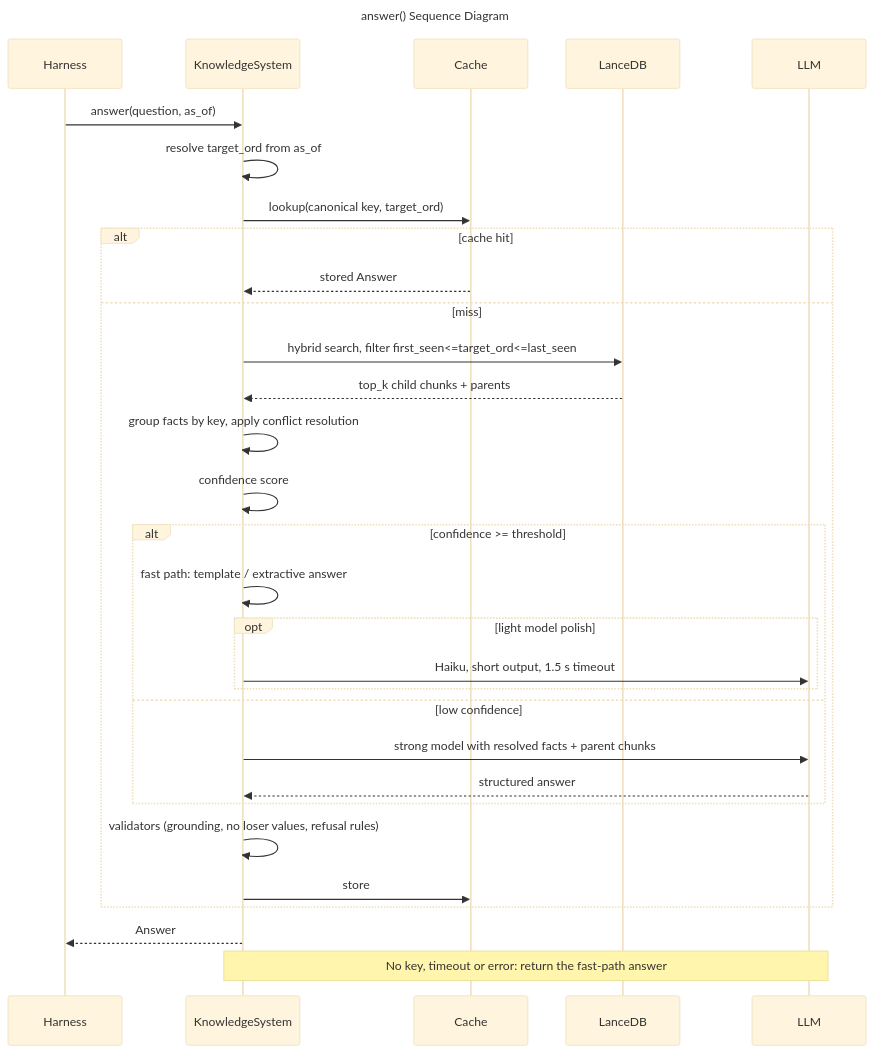
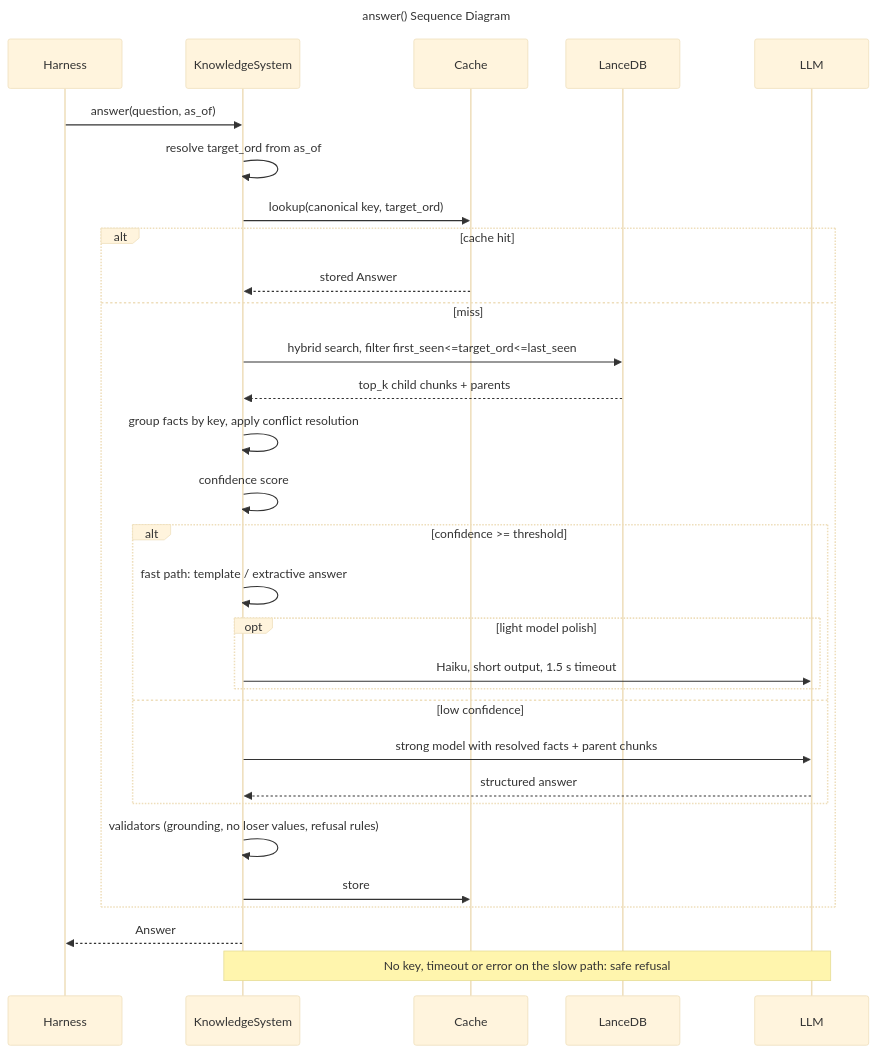
The third of 3 diagrams in DESIGN.md (abster/KnowledgeSystem), drawn with Mermaid (base theme) before and after one commit. The commit also changed other lines of this file and 17 other files, not shown here.

````diff
--- a/DESIGN.md
+++ b/DESIGN.md
@@ -379,36 +379,36 @@
 ```mermaid
 ---
 title: answer() Sequence Diagram
 ---
 sequenceDiagram
     participant H as Harness
     participant S as KnowledgeSystem
     participant C as Cache
     participant DB as LanceDB
     participant L as LLM
 
     H->>S: answer(question, as_of)
     S->>S: resolve target_ord from as_of
     S->>C: lookup(canonical key, target_ord)
     alt cache hit
         C-->>S: stored Answer
     else miss
         S->>DB: hybrid search, filter first_seen<=target_ord<=last_seen
         DB-->>S: top_k child chunks + parents
         S->>S: group facts by key, apply conflict resolution
         S->>S: confidence score
         alt confidence >= threshold
             S->>S: fast path: template / extractive answer
             opt light model polish
                 S->>L: Haiku, short output, 1.5 s timeout
             end
         else low confidence
             S->>L: strong model with resolved facts + parent chunks
             L-->>S: structured answer
         end
         S->>S: validators (grounding, no loser values, refusal rules)
         S->>C: store
     end
     S-->>H: Answer
-    Note over S,L: No key, timeout or error: return the fast-path answer
+    Note over S,L: No key, timeout or error on the slow path: safe refusal
 ```
````
